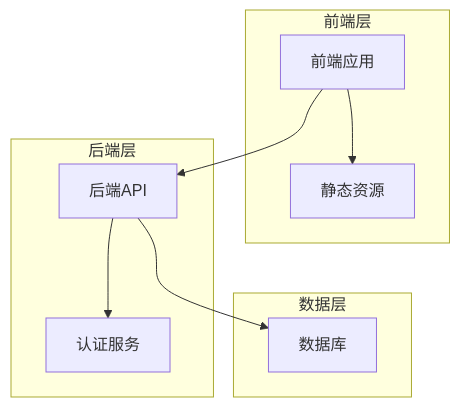
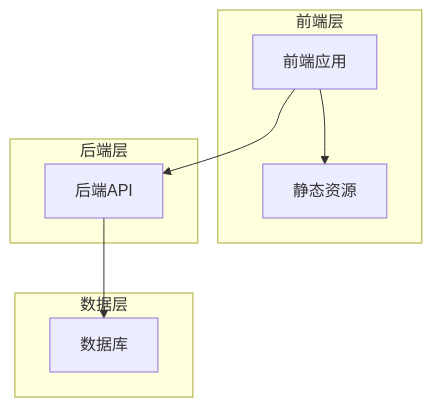
One commit to Sky-Ljw/my-blog changed the first of 3 diagrams in .trae/documents/博客网站技术架构.md. Above: the diagram before and after it, drawn with Mermaid. The commit also changed other lines of this file and 4054 other files, not shown here.

````diff
--- a/.trae/documents/博客网站技术架构.md
+++ b/.trae/documents/博客网站技术架构.md
@@ -2,21 +2,19 @@
 ```mermaid
 flowchart TD
     A[前端应用] --> B[后端API]
     B --> C[数据库]
     A --> D[静态资源]
-    B --> E[认证服务]
 
     subgraph 前端层
     A
     D
     end
 
     subgraph 后端层
     B
-    E
     end
 
     subgraph 数据层
     C
     end
 ```
````
